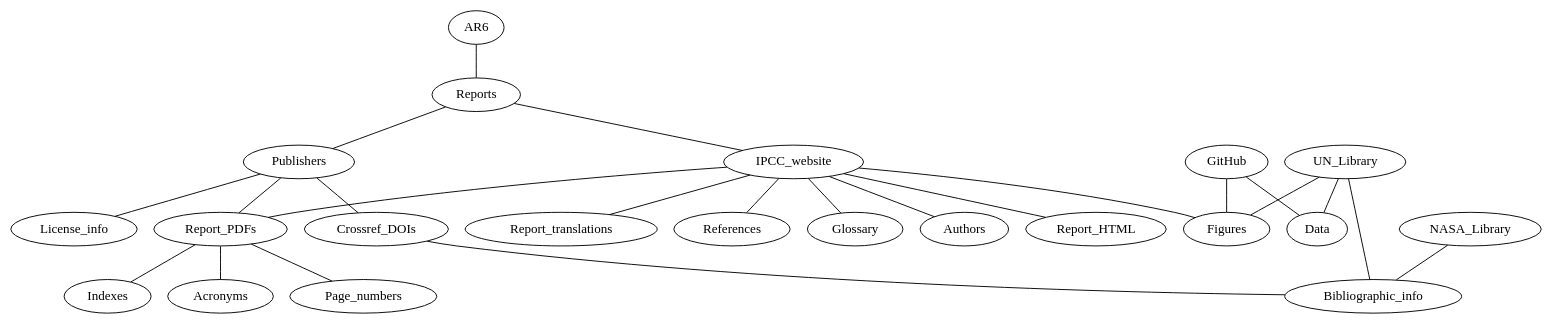
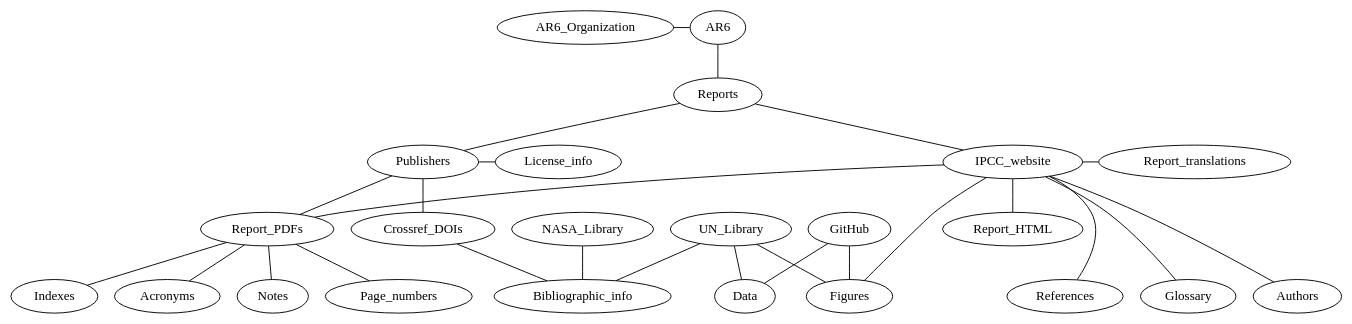
Before and after one commit to TIBHannover/climate-knowledge-graph: the diagram in datamodel.qmd, drawn with Graphviz.

````diff
--- a/datamodel.qmd
+++ b/datamodel.qmd
@@ -6,28 +6,38 @@
 ```{dot}
 graph CKG_data_model {
   layout=dot
+  rankdir=TB
+  { rank=same AR6_Organization AR6 }
+  { rank=same IPCC_website Publishers License_info Report_translations }
+  { rank=same Report_PDFs Report_HTML Crossref_DOIs UN_Library NASA_Library GitHub }
+  { rank=same Bibliographic_info }
+  { rank=same Indexes Acronyms Notes Page_numbers }
+  { rank=same Data Figures References Glossary Authors }
+  
+  AR6_Organization -- AR6
   AR6 -- Reports;
   Reports -- Publishers;
   Reports -- IPCC_website;
   IPCC_website -- Report_PDFs;
-  Publishers -- Report_PDFs;
   IPCC_website -- Report_HTML;
   IPCC_website -- Report_translations;
+  Publishers -- Report_PDFs;
   Publishers -- Crossref_DOIs;
   Publishers -- License_info;
   Crossref_DOIs -- Bibliographic_info;
+  NASA_Library -- Bibliographic_info;
+  GitHub -- Data;
+  GitHub -- Figures;
   UN_Library -- Bibliographic_info;
-  NASA_Library -- Bibliographic_info;
   UN_Library -- Data;
-  GitHub -- Data;
+  UN_Library -- Figures;
   IPCC_website -- Figures;
-  GitHub -- Figures;
-  UN_Library -- Figures;
   IPCC_website -- References;
   IPCC_website -- Glossary;
   IPCC_website -- Authors;
   Report_PDFs -- Indexes;
+  Report_PDFs -- Notes;
   Report_PDFs -- Acronyms;
   Report_PDFs -- Page_numbers;
 }
 ```
````
